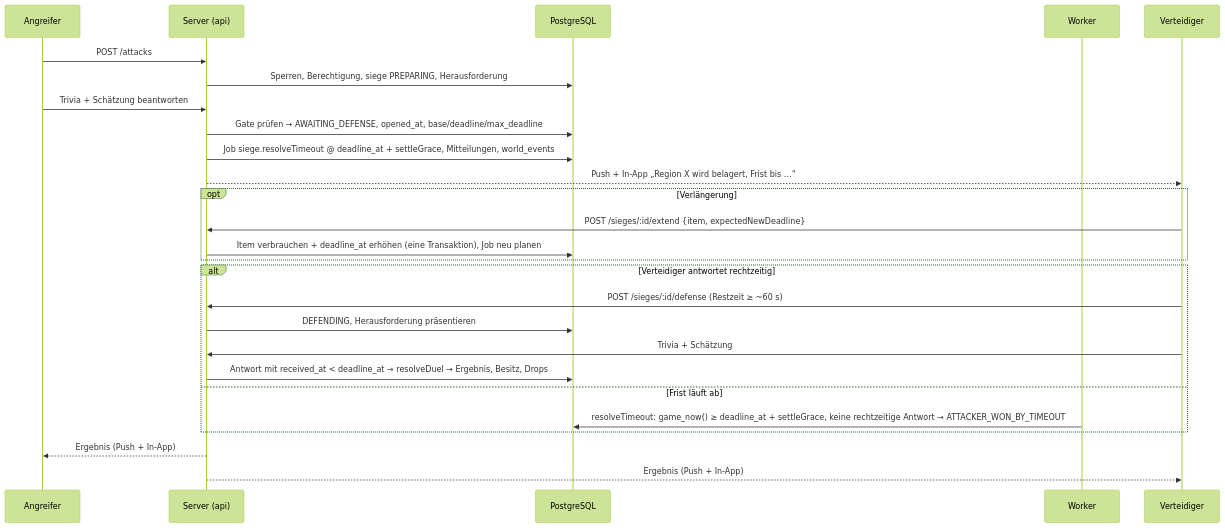
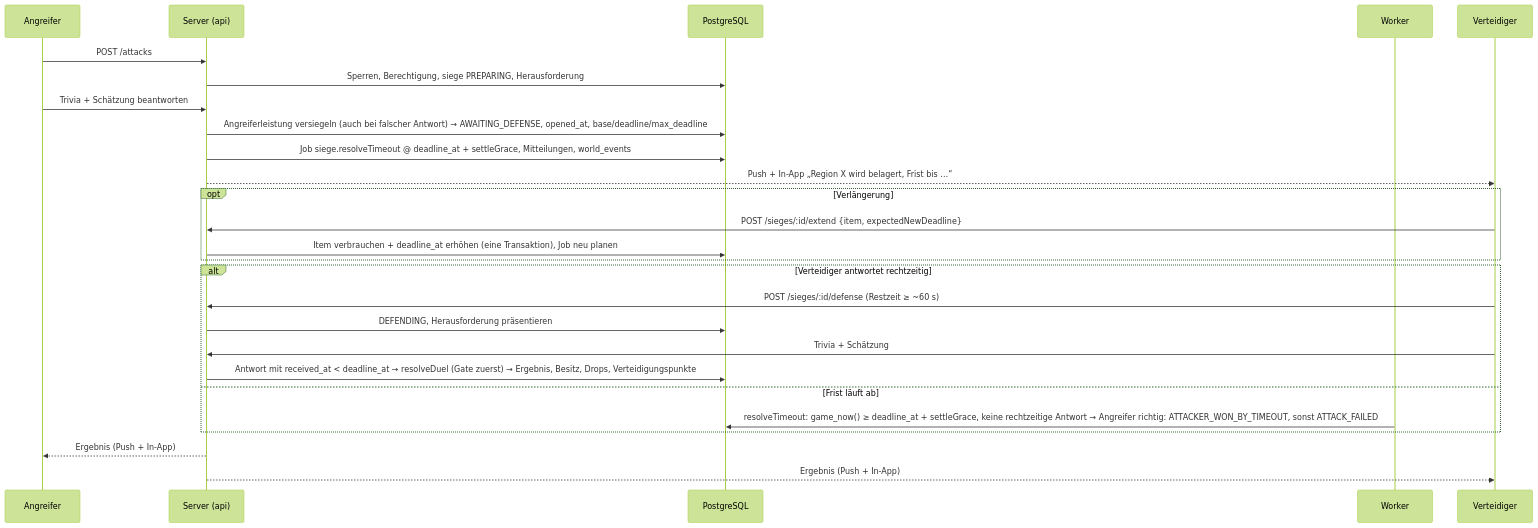
Before and after one commit to cibakhun/trivia-game: the second of 2 diagrams in docs/SIEGE_SYSTEM.md, drawn with Mermaid (forest theme). The commit also changed other lines of this file and 14 other files, not shown here.

First line of the commit message:
docs: O-01 entschieden – verdecktes Angreifer-Gate mit Verteidigungspunkten

````diff
--- a/docs/SIEGE_SYSTEM.md
+++ b/docs/SIEGE_SYSTEM.md
@@ -68,28 +70,28 @@
 ```mermaid
 sequenceDiagram
   participant A as Angreifer
   participant S as Server (api)
   participant DB as PostgreSQL
   participant W as Worker
   participant B as Verteidiger
   A->>S: POST /attacks
   S->>DB: Sperren, Berechtigung, siege PREPARING, Herausforderung
   A->>S: Trivia + Schätzung beantworten
-  S->>DB: Gate prüfen → AWAITING_DEFENSE, opened_at, base/deadline/max_deadline
+  S->>DB: Angreiferleistung versiegeln (auch bei falscher Antwort) → AWAITING_DEFENSE, opened_at, base/deadline/max_deadline
   S->>DB: Job siege.resolveTimeout @ deadline_at + settleGrace, Mitteilungen, world_events
   S-->>B: Push + In-App „Region X wird belagert, Frist bis …“
   opt Verlängerung
     B->>S: POST /sieges/:id/extend {item, expectedNewDeadline}
     S->>DB: Item verbrauchen + deadline_at erhöhen (eine Transaktion), Job neu planen
   end
   alt Verteidiger antwortet rechtzeitig
     B->>S: POST /sieges/:id/defense (Restzeit ≥ ~60 s)
     S->>DB: DEFENDING, Herausforderung präsentieren
     B->>S: Trivia + Schätzung
-    S->>DB: Antwort mit received_at < deadline_at → resolveDuel → Ergebnis, Besitz, Drops
+    S->>DB: Antwort mit received_at < deadline_at → resolveDuel (Gate zuerst) → Ergebnis, Besitz, Drops, Verteidigungspunkte
   else Frist läuft ab
-    W->>DB: resolveTimeout: game_now() ≥ deadline_at + settleGrace, keine rechtzeitige Antwort → ATTACKER_WON_BY_TIMEOUT
+    W->>DB: resolveTimeout: game_now() ≥ deadline_at + settleGrace, keine rechtzeitige Antwort → Angreifer richtig: ATTACKER_WON_BY_TIMEOUT, sonst ATTACK_FAILED
   end
   S-->>A: Ergebnis (Push + In-App)
   S-->>B: Ergebnis (Push + In-App)
 ```
````
